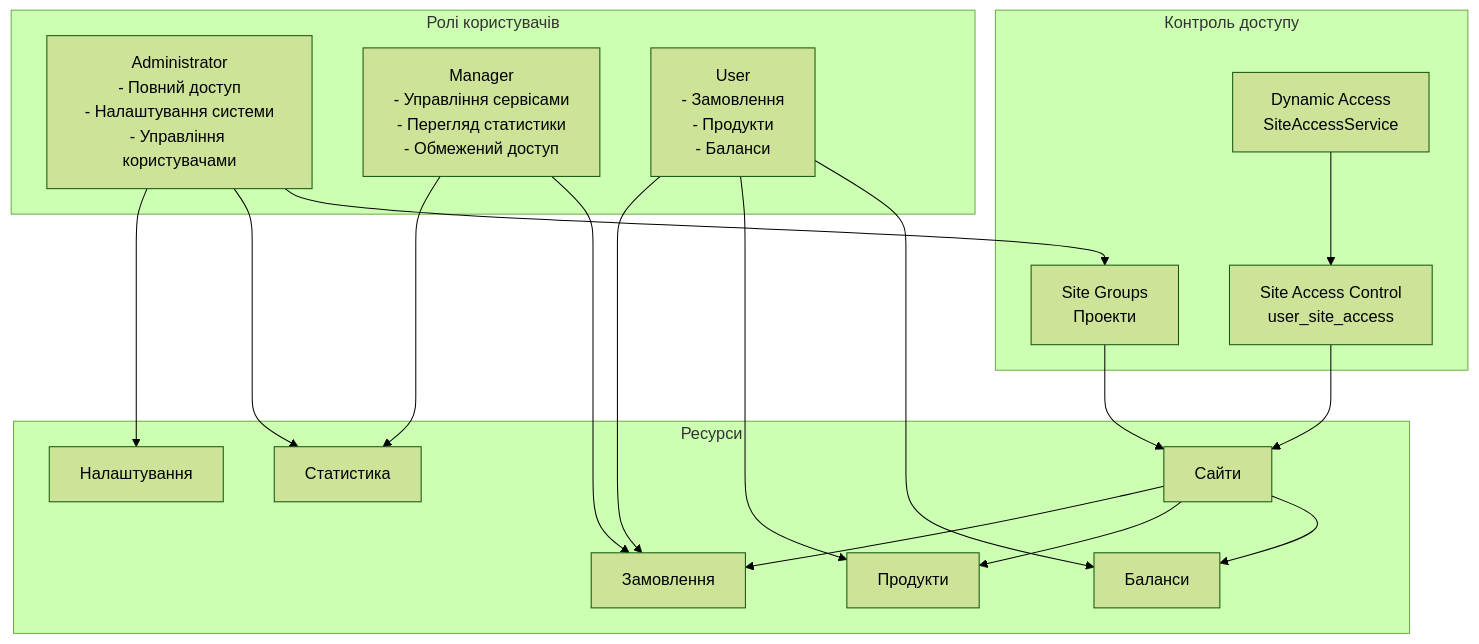
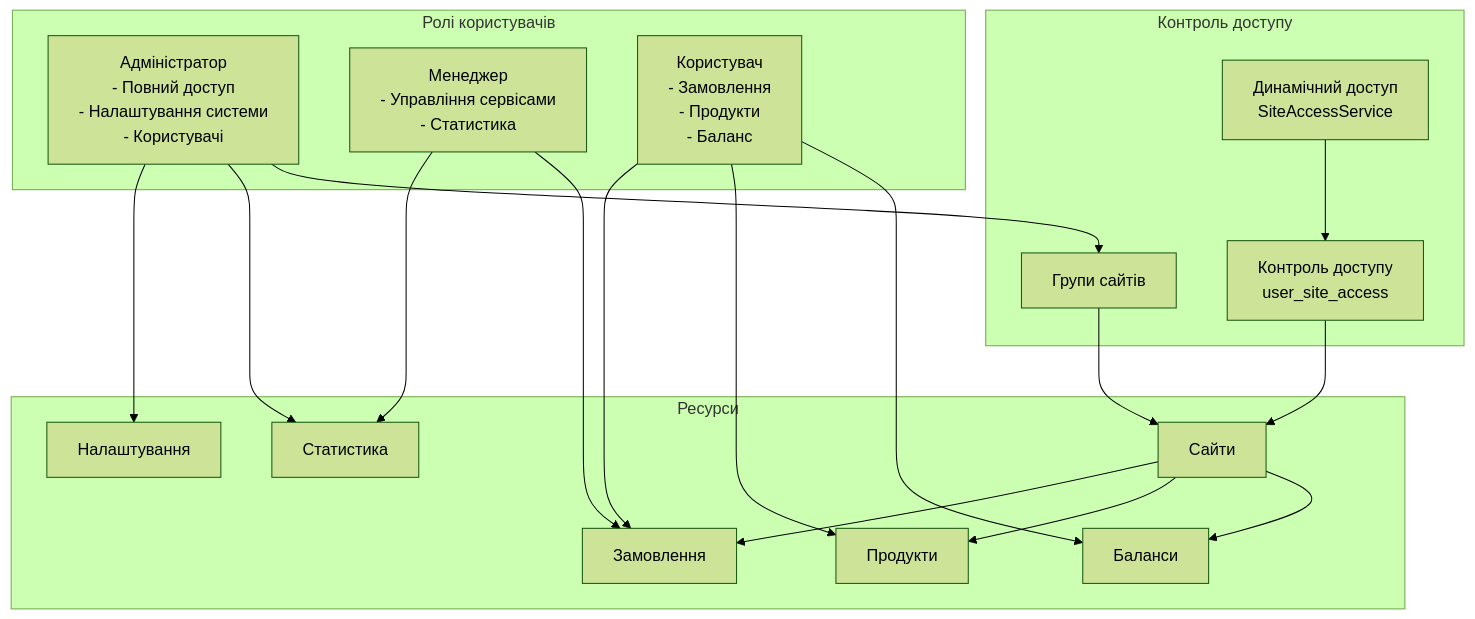
One commit to Nessq/smmlove changed the third of 9 diagrams in README.md. Above: the diagram before and after it, drawn with Mermaid (forest theme). The commit also changed other lines of this file, not shown here.

````diff
--- a/README.md
+++ b/README.md
@@ -287,39 +287,39 @@
 ```mermaid
 graph TD
     subgraph "Ролі користувачів"
-        Admin[Administrator<br/>- Повний доступ<br/>- Налаштування системи<br/>- Управління користувачами]
-        Manager[Manager<br/>- Управління сервісами<br/>- Перегляд статистики<br/>- Обмежений доступ]
-        User[User<br/>- Замовлення<br/>- Продукти<br/>- Баланси]
+        Admin[Адміністратор<br/>- Повний доступ<br/>- Налаштування системи<br/>- Користувачі]
+        Manager[Менеджер<br/>- Управління сервісами<br/>- Статистика]
+        User[Користувач<br/>- Замовлення<br/>- Продукти<br/>- Баланс]
     end
-    
+
     subgraph "Контроль доступу"
-        SiteAccess[Site Access Control<br/>user_site_access]
-        SiteGroups[Site Groups<br/>Проекти]
-        DynamicAccess[Dynamic Access<br/>SiteAccessService]
+        SiteAccess[Контроль доступу<br/>user_site_access]
+        SiteGroups[Групи сайтів]
+        DynamicAccess[Динамічний доступ<br/>SiteAccessService]
     end
-    
+
     subgraph "Ресурси"
         Sites[Сайти]
         Orders[Замовлення]
         Products[Продукти]
         Balance[Баланси]
         Stats[Статистика]
         Settings[Налаштування]
     end
-    
+
     Admin --> Settings
     Admin --> Stats
     Admin --> SiteGroups
     Manager --> Stats
     Manager --> Orders
     User --> Orders
     User --> Products
     User --> Balance
-    
+
     SiteAccess --> Sites
     SiteGroups --> Sites
     DynamicAccess --> SiteAccess
     Sites --> Orders
     Sites --> Products
     Sites --> Balance
 ```
````
